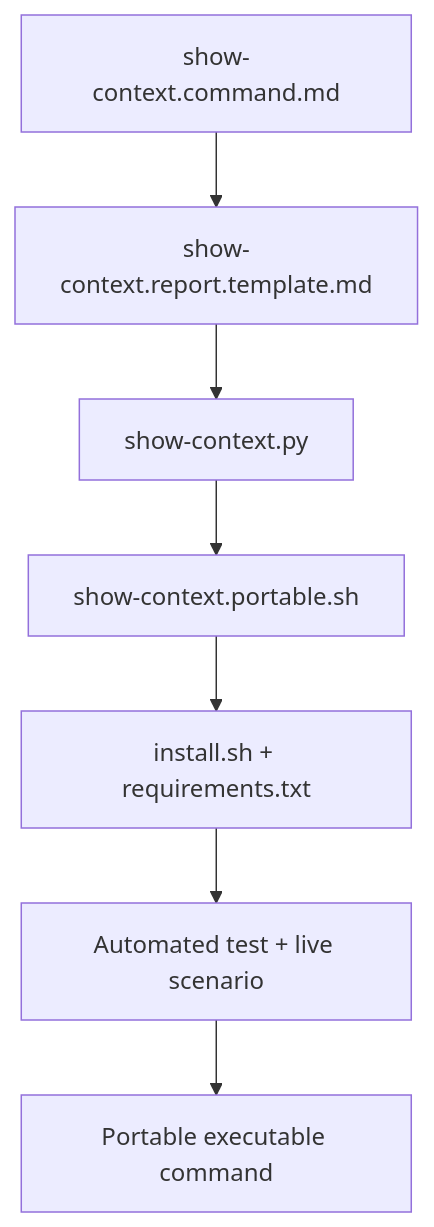
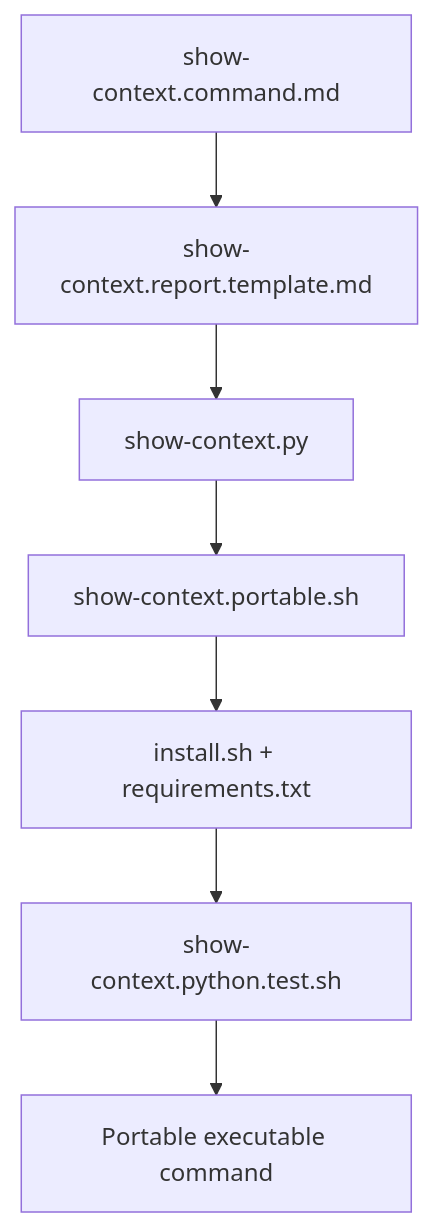
The second of 7 diagrams in show-context/README.md (starodubtsevconsulting/ai-commands), drawn with Mermaid before and after one commit. The commit also changed other lines of this file and 4 other files, not shown here.

Commit message:
Synchronize portable command mirrors

````diff
--- a/show-context/README.md
+++ b/show-context/README.md
@@ -25,10 +25,10 @@
 ```mermaid
 flowchart TD
   Contract["show-context.command.md"]
   Contract --> Template["show-context.report.template.md"]
   Template --> Python["show-context.py"]
   Python --> Wrapper["show-context.portable.sh"]
   Wrapper --> Installer["install.sh + requirements.txt"]
-  Installer --> Tests["Automated test + live scenario"]
-  Tests --> Outcome["Portable executable command"]
+  Installer --> Test["show-context.python.test.sh"]
+  Test --> Outcome["Portable executable command"]
 ```
````
